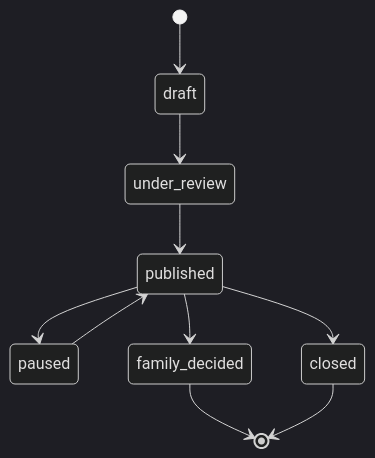
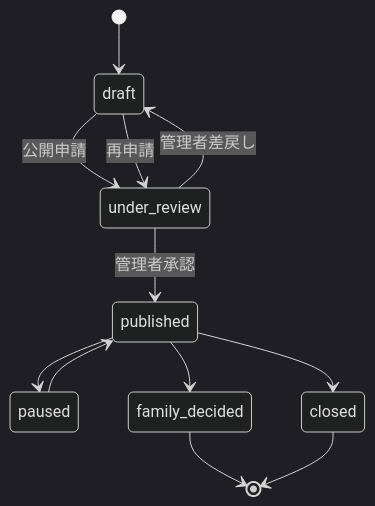
One commit to koji-isono/WithTama changed the diagram in docs/05_データベース設計/pets.md. Above: the diagram before and after it, drawn with Mermaid (dark theme). The commit also changed other lines of this file and 75 other files, not shown here.

````diff
--- a/docs/05_データベース設計/pets.md
+++ b/docs/05_データベース設計/pets.md
@@ -119,12 +158,14 @@
 ```mermaid
 stateDiagram-v2
   [*] --> draft
-  draft --> under_review
-  under_review --> published
+  draft --> under_review: 公開申請
+  under_review --> published: 管理者承認
+  under_review --> draft: 管理者差戻し
+  draft --> under_review: 再申請
   published --> paused
   published --> family_decided
   published --> closed
   paused --> published
   family_decided --> [*]
   closed --> [*]
 ```
````
